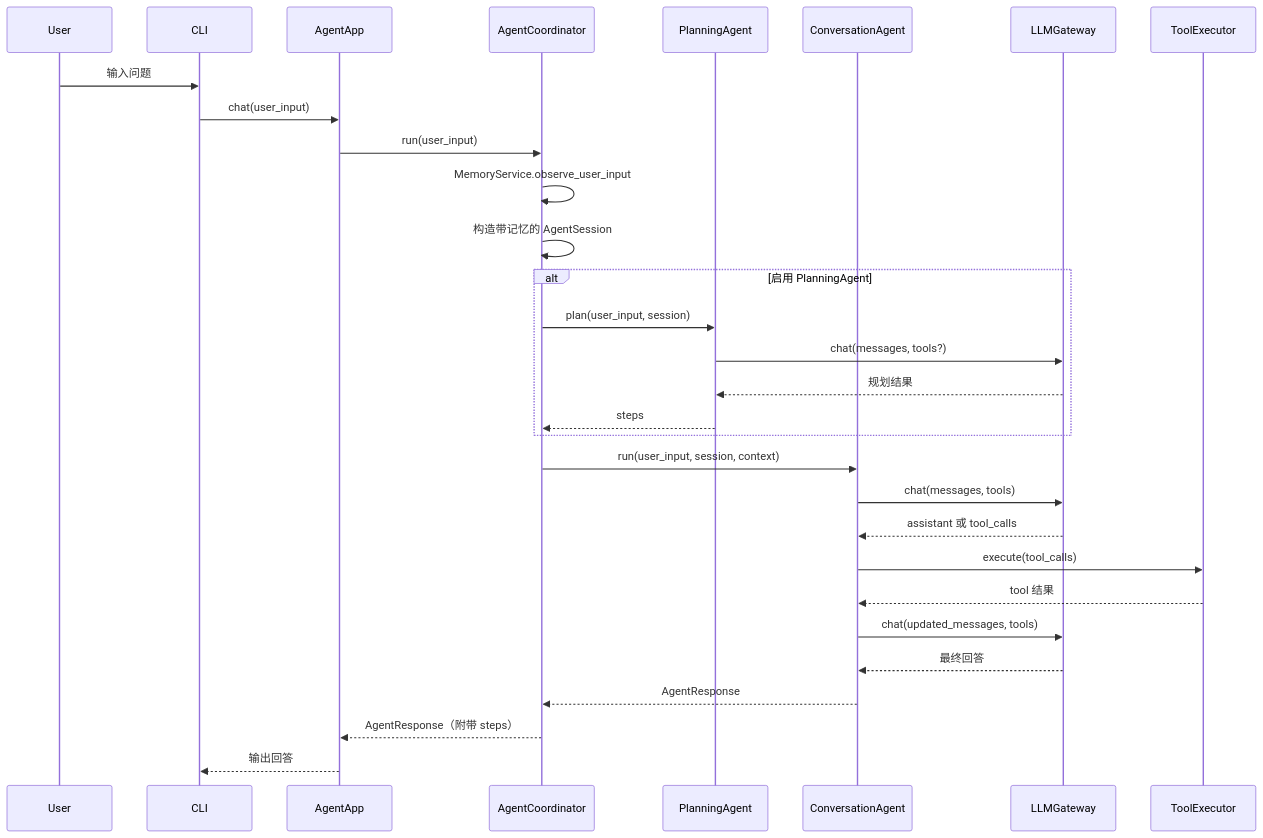
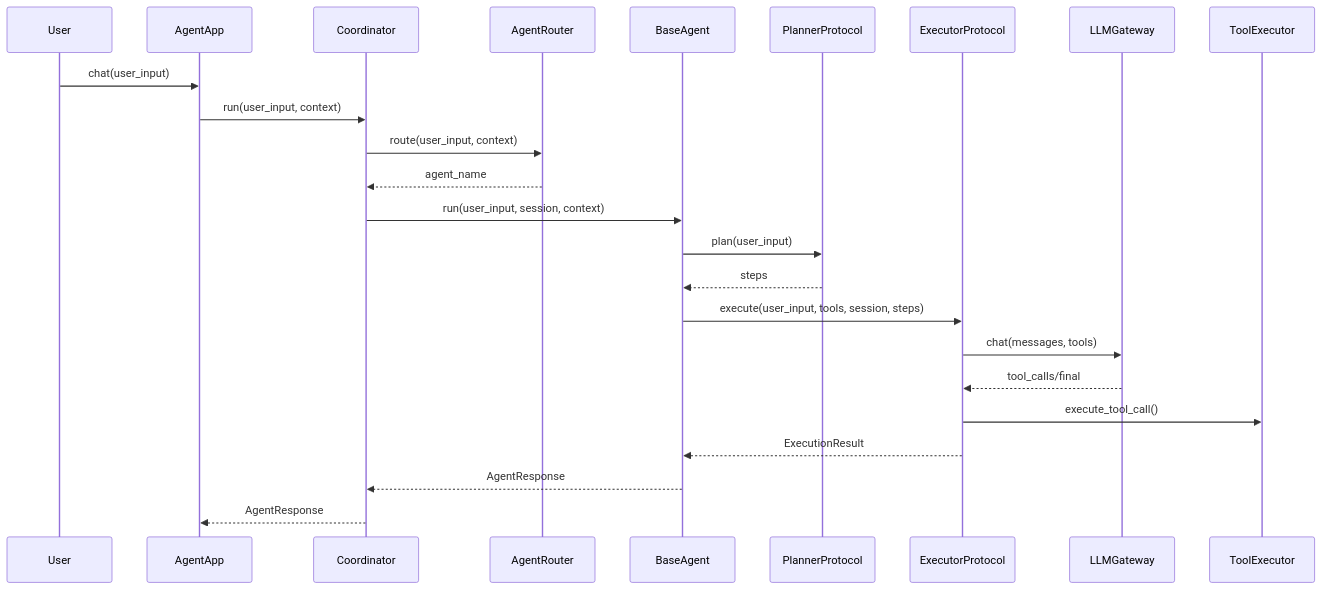
Before and after one commit to breakman99/Jarvis: the diagram in docs/DESIGN_MULTI_AGENT.md, drawn with Mermaid. The commit also changed other lines of this file and 17 other files, not shown here.

````diff
--- a/docs/DESIGN_MULTI_AGENT.md
+++ b/docs/DESIGN_MULTI_AGENT.md
@@ -88,36 +32,27 @@
 ```mermaid
 sequenceDiagram
     participant U as User
-    participant CLI as CLI
     participant App as AgentApp
-    participant C as AgentCoordinator
-    participant A1 as PlanningAgent
-    participant A2 as ConversationAgent
+    participant C as Coordinator
+    participant Rt as AgentRouter
+    participant Ag as BaseAgent
+    participant Pl as PlannerProtocol
+    participant Ex as ExecutorProtocol
     participant L as LLMGateway
     participant T as ToolExecutor
 
-    U->>CLI: 输入问题
-    CLI->>App: chat(user_input)
-    App->>C: run(user_input)
-    C->>C: MemoryService.observe_user_input
-    C->>C: 构造带记忆的 AgentSession
-
-    alt 启用 PlanningAgent
-        C->>A1: plan(user_input, session)
-        A1->>L: chat(messages, tools?)
-        L-->>A1: 规划结果
-        A1-->>C: steps
-    end
-
-    C->>A2: run(user_input, session, context)
-    A2->>L: chat(messages, tools)
-    L-->>A2: assistant 或 tool_calls
-    A2->>T: execute(tool_calls)
-    T-->>A2: tool 结果
-    A2->>L: chat(updated_messages, tools)
-    L-->>A2: 最终回答
-    A2-->>C: AgentResponse
-
-    C-->>App: AgentResponse（附带 steps）
-    App-->>CLI: 输出回答
+    U->>App: chat(user_input)
+    App->>C: run(user_input, context)
+    C->>Rt: route(user_input, context)
+    Rt-->>C: agent_name
+    C->>Ag: run(user_input, session, context)
+    Ag->>Pl: plan(user_input)
+    Pl-->>Ag: steps
+    Ag->>Ex: execute(user_input, tools, session, steps)
+    Ex->>L: chat(messages, tools)
+    L-->>Ex: tool_calls/final
+    Ex->>T: execute_tool_call()
+    Ex-->>Ag: ExecutionResult
+    Ag-->>C: AgentResponse
+    C-->>App: AgentResponse
 ```
````
